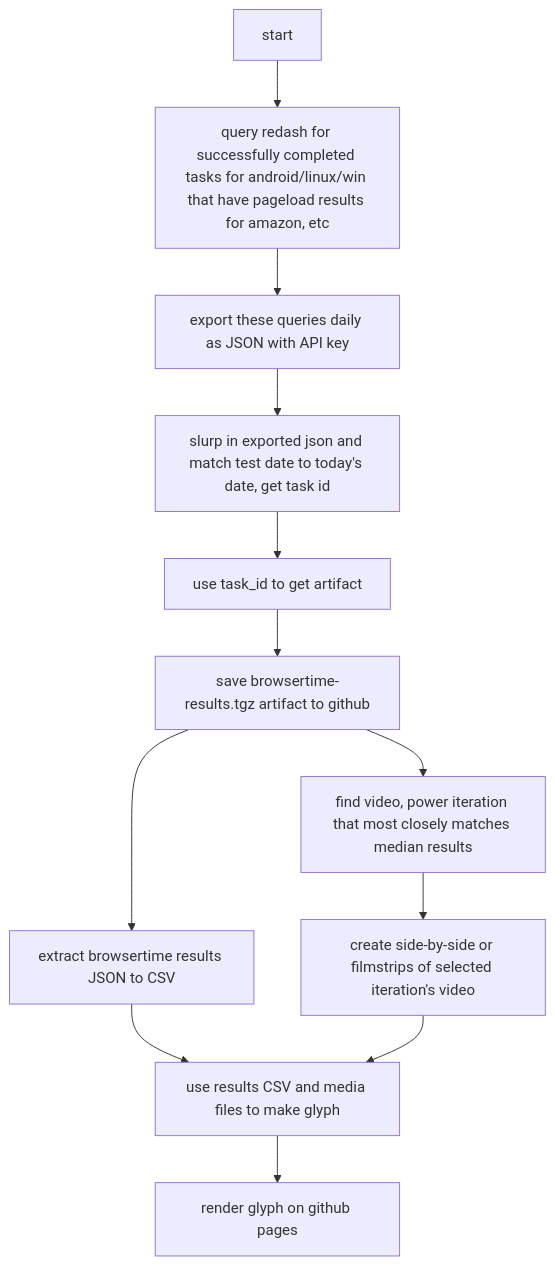
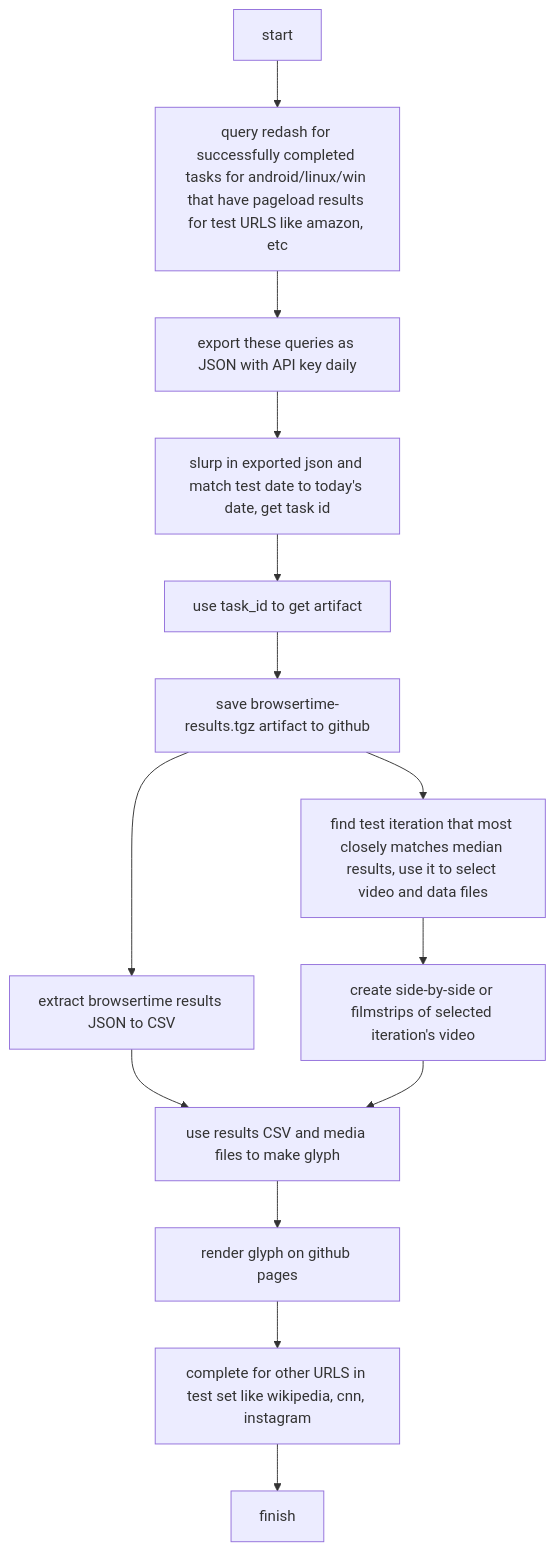
The diagram in docs/process-etl-to-display-flowchart.mmd (bdekoz/mozilla-data-pageload), drawn with Mermaid before and after one commit. The commit also changed other lines of this file, not shown here.

Commit message:
update process flowchart

```diff
--- a/docs/process-etl-to-display-flowchart.mmd
+++ b/docs/process-etl-to-display-flowchart.mmd
@@ -1,12 +1,14 @@
 flowchart TB
-	  start --> step1[query redash for successfully completed tasks for android/linux/win that have pageload results for amazon, etc]
-	  step1 --> step2[export these queries daily as JSON with API key]
+	  start --> step1[query redash for successfully completed tasks for android/linux/win that have pageload results for test URLS like amazon, etc]
+	  step1 --> step2[export these queries as JSON with API key daily]
 	  step2 --> step3[slurp in exported json and match test date to today's date, get task id]
 	  step3 --> step4[use task_id to get artifact]
 	  step4 --> step5[save browsertime-results.tgz artifact to github]
 	  step5 --> step6a[extract browsertime results JSON to CSV]
-	  step5 --> step6b[find video, power iteration that most closely matches median results]
+	  step5 --> step6b[find test iteration that most closely matches median results, use it to select video and data files]
 	  step6b --> step6bb[create side-by-side or filmstrips of selected iteration's video]
 	  step6a --> step7[use results CSV and media files to make glyph]
 	  step6bb --> step7
 	  step7 --> step8[render glyph on github pages]
+	  step8 --> step9[complete for other URLS in test set like wikipedia, cnn, instagram]
+	  step9 --> step10[finish]
```
